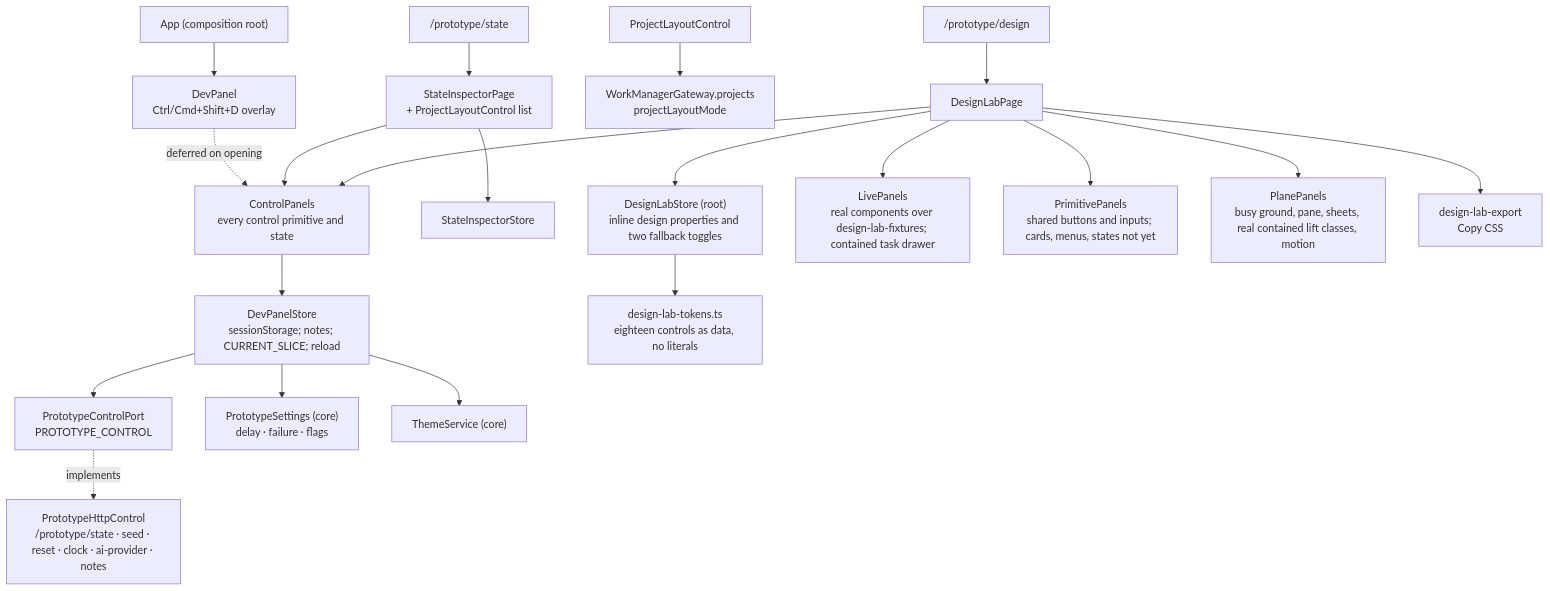
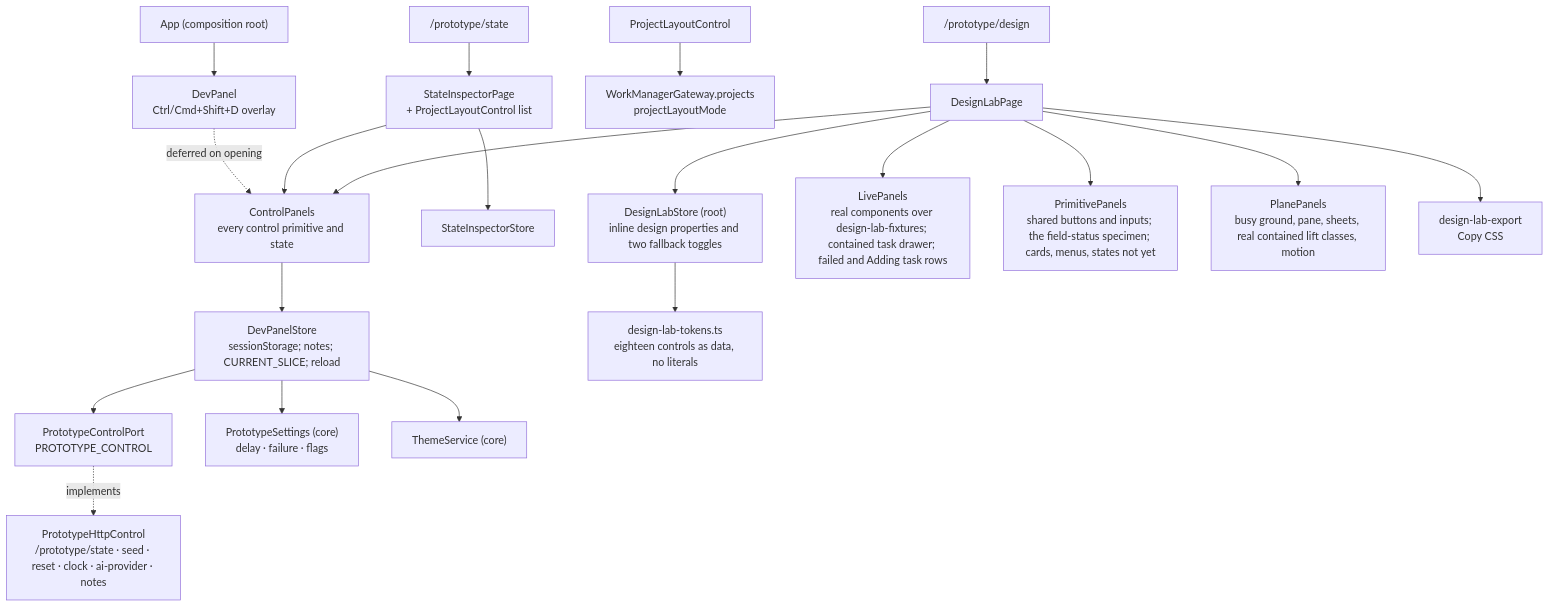
One commit to CalciteDragon/Canvas-work-manager-prototype changed the diagram in docs/architecture/web/prototype-tooling/what.md. Above: the diagram before and after it, drawn with Mermaid. The commit also changed 16 other files, not shown here.

````diff
--- a/docs/architecture/web/prototype-tooling/what.md
+++ b/docs/architecture/web/prototype-tooling/what.md
@@ -5,22 +5,22 @@
 ```mermaid
 flowchart TB
   app["App (composition root)"] --> panel["DevPanel<br/>Ctrl/Cmd+Shift+D overlay"]
   route["/prototype/state"] --> inspector["StateInspectorPage<br/>+ ProjectLayoutControl list"]
   panel -. "deferred on opening" .-> controls["DevPanelControls<br/>the one implementation of every control"]
   inspector --> controls
   controls --> dstore["DevPanelStore<br/>sessionStorage; notes; CURRENT_SLICE; reload"]
   inspector --> istore["StateInspectorStore"]
   dstore --> port["PrototypeControlPort<br/>PROTOTYPE_CONTROL"]
   port -. implements .-> http["PrototypeHttpControl<br/>/prototype/state · seed · reset · clock · ai-provider · notes"]
   dstore --> settings["PrototypeSettings (core)<br/>delay · failure · flags"]
   dstore --> theme["ThemeService (core)"]
   layout["ProjectLayoutControl"] --> gw["WorkManagerGateway.projects<br/>projectLayoutMode"]
   route2["/prototype/design"] --> lab["DesignLabPage"]
   lab --> lstore["DesignLabStore (root)<br/>inline design properties and two fallback toggles"]
-  lab --> live["LivePanels<br/>real components over design-lab-fixtures; contained task drawer"]
-  lab --> prim["PrimitivePanels<br/>shared buttons and inputs; cards, menus, states not yet"]
+  lab --> live["LivePanels<br/>real components over design-lab-fixtures; contained task drawer; failed and Adding task rows"]
+  lab --> prim["PrimitivePanels<br/>shared buttons and inputs; the field-status specimen; cards, menus, states not yet"]
   lab --> controls["ControlPanels<br/>every control primitive and state"]
   lab --> planes["PlanePanels<br/>busy ground, pane, sheets, real contained lift classes, motion"]
   lab --> export["design-lab-export<br/>Copy CSS"]
   lstore --> tokens["design-lab-tokens.ts<br/>eighteen controls as data, no literals"]
 ```
````
